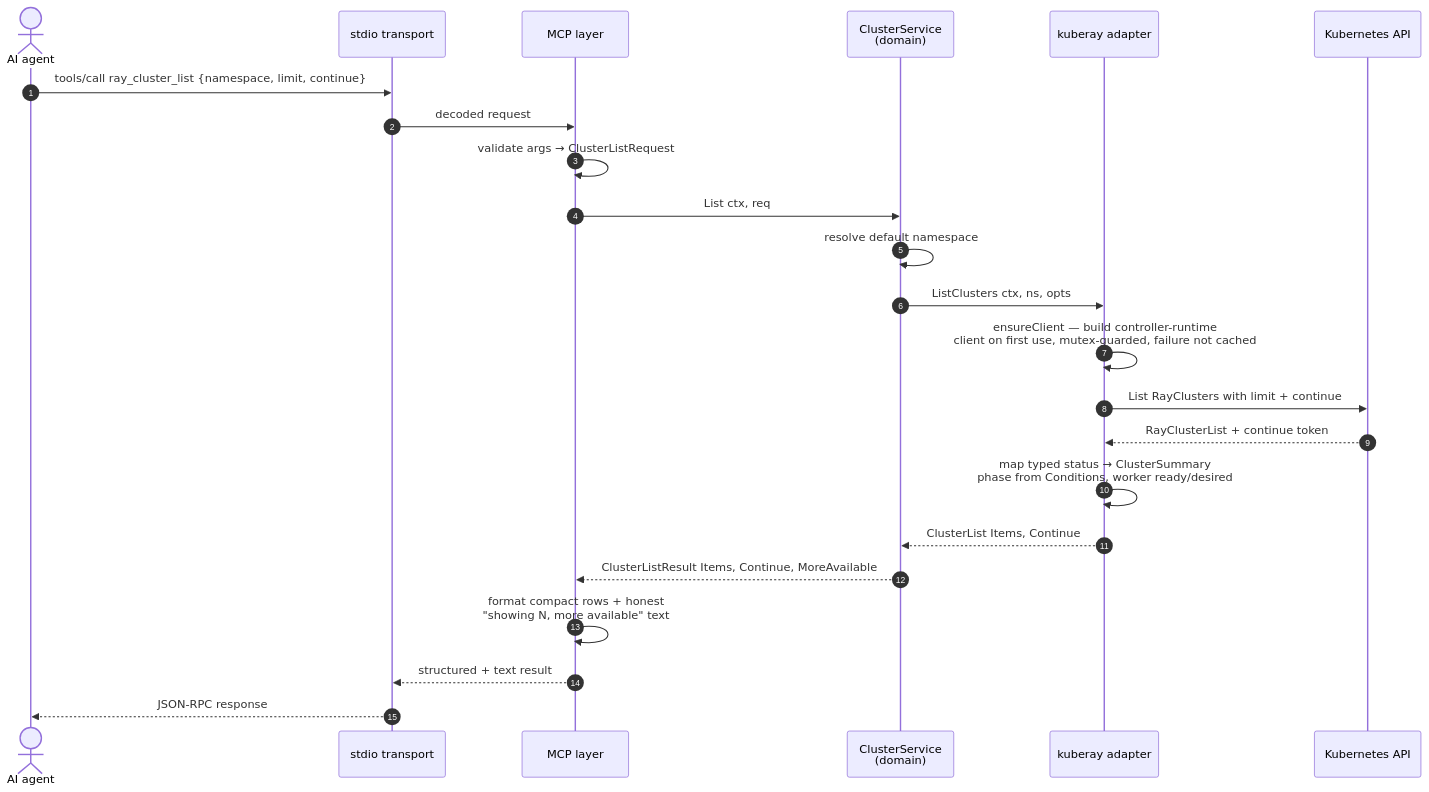
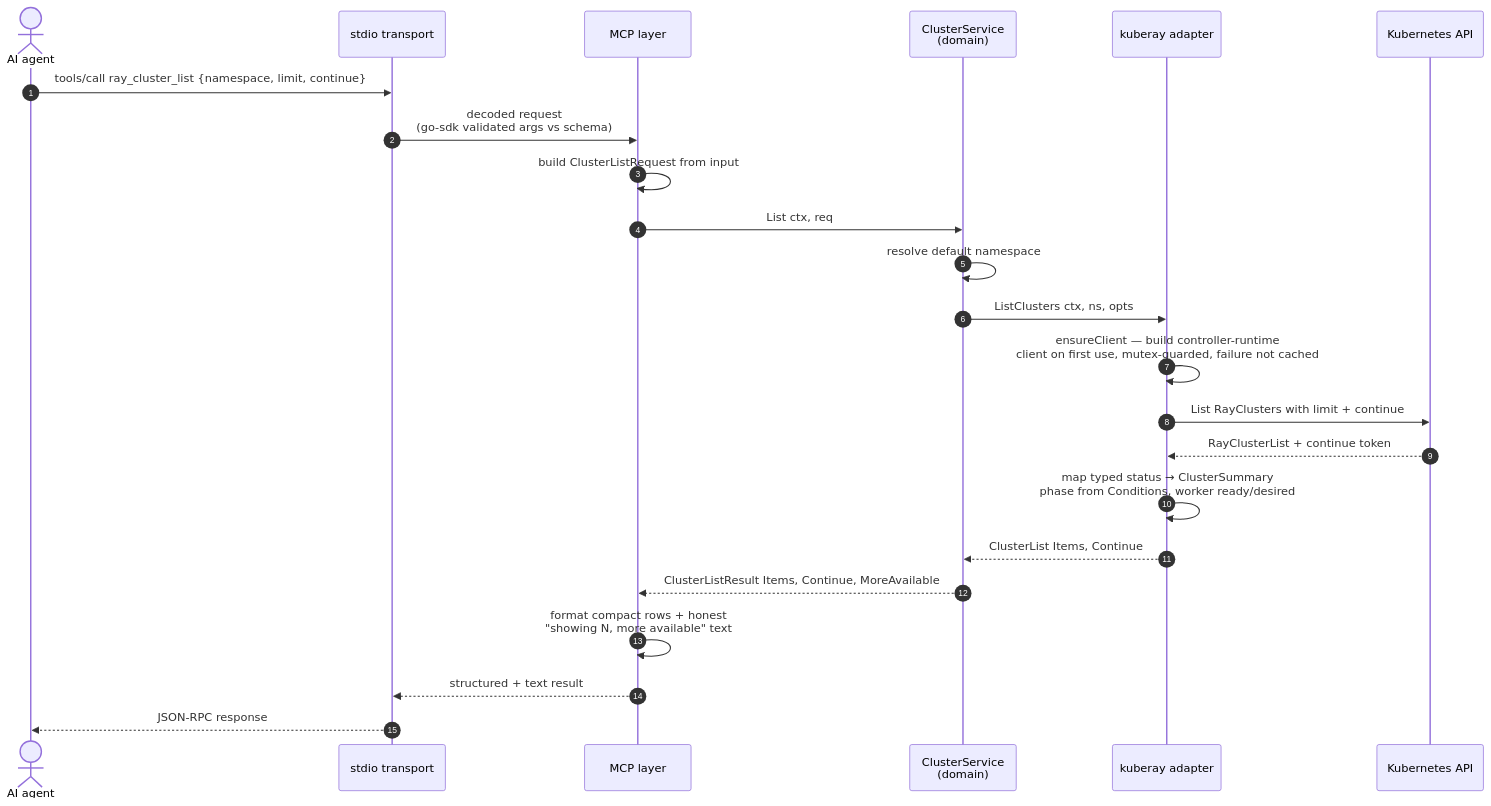
Before and after one commit to risjai/ray-mcp: the third of 6 diagrams in docs/ARCHITECTURE.md, drawn with Mermaid. The commit also changed other lines of this file, not shown here.

````diff
--- a/docs/ARCHITECTURE.md
+++ b/docs/ARCHITECTURE.md
@@ -146,26 +168,26 @@
 ```mermaid
 sequenceDiagram
     autonumber
     actor Agent as AI agent
     participant T as stdio transport
     participant M as MCP layer
     participant S as ClusterService<br/>(domain)
     participant A as kuberay adapter
     participant K as Kubernetes API
 
     Agent->>T: tools/call ray_cluster_list {namespace, limit, continue}
-    T->>M: decoded request
-    M->>M: validate args → ClusterListRequest
+    T->>M: decoded request<br/>(go-sdk validated args vs schema)
+    M->>M: build ClusterListRequest from input
     M->>S: List ctx, req
     S->>S: resolve default namespace
     S->>A: ListClusters ctx, ns, opts
     A->>A: ensureClient — build controller-runtime<br/>client on first use, mutex-guarded, failure not cached
     A->>K: List RayClusters with limit + continue
     K-->>A: RayClusterList + continue token
     A->>A: map typed status → ClusterSummary<br/>phase from Conditions, worker ready/desired
     A-->>S: ClusterList Items, Continue
     S-->>M: ClusterListResult Items, Continue, MoreAvailable
     M->>M: format compact rows + honest<br/>"showing N, more available" text
     M-->>T: structured + text result
     T-->>Agent: JSON-RPC response
 ```
````
